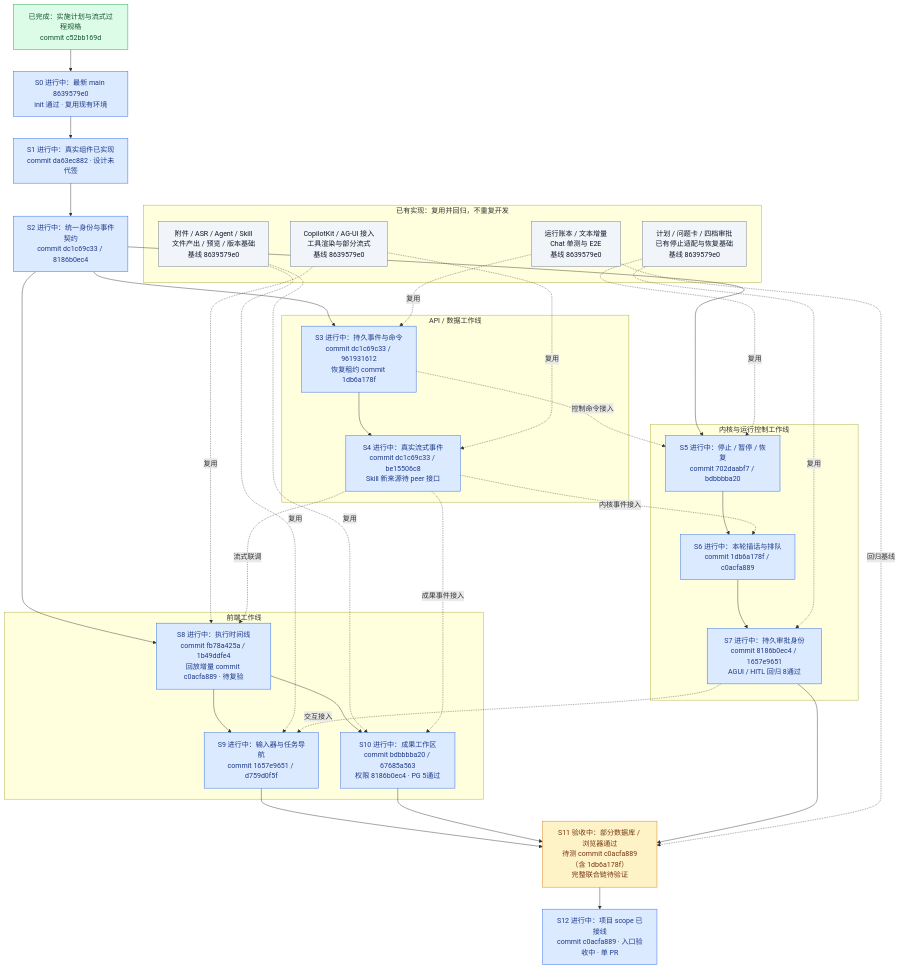
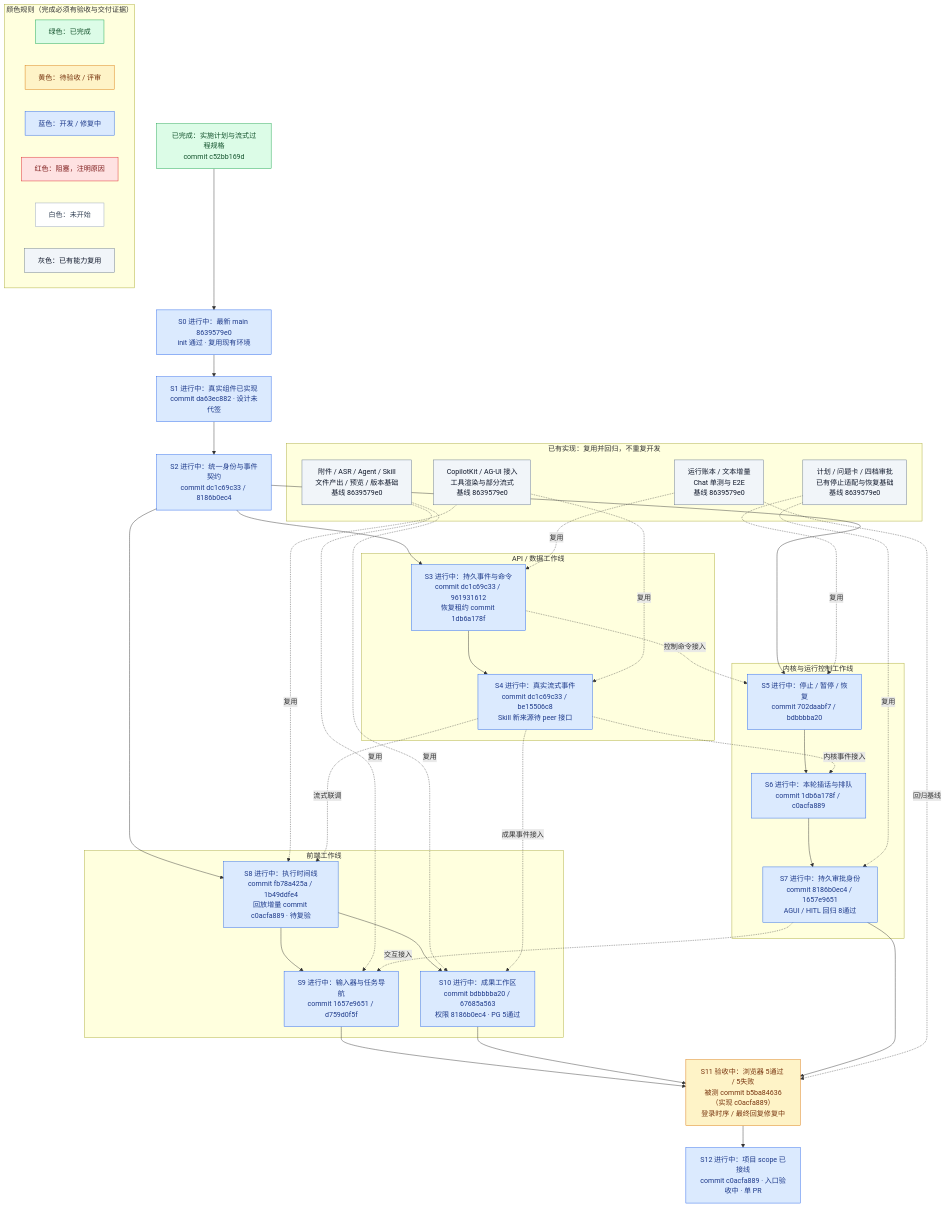
One commit to boardx/workspacex changed the first of 2 diagrams in docs/design/agent-workbench-upgrade-plan-2026-09-06.md. Above: the diagram before and after it, drawn with Mermaid. The commit also changed other lines of this file, not shown here.

Commit message:
docs(workbench): add progress color legend and latest e2e verdict

````diff
--- a/docs/design/agent-workbench-upgrade-plan-2026-09-06.md
+++ b/docs/design/agent-workbench-upgrade-plan-2026-09-06.md
@@ -9,65 +9,74 @@
 ```mermaid
 flowchart TB
   P["已完成：实施计划与流式过程规格\ncommit c52bb169d"]:::done
 
   subgraph BASE["已有实现：复用并回归，不重复开发"]
     R1["CopilotKit / AG-UI 接入\n工具渲染与部分流式\n基线 8639579e0"]:::reuse
     R2["计划 / 问题卡 / 四档审批\n已有停止适配与恢复基础\n基线 8639579e0"]:::reuse
     R3["附件 / ASR / Agent / Skill\n文件产出 / 预览 / 版本基础\n基线 8639579e0"]:::reuse
     R4["运行账本 / 文本增量\nChat 单测与 E2E\n基线 8639579e0"]:::reuse
   end
 
   P --> S0["S0 进行中：最新 main 8639579e0\ninit 通过 · 复用现有环境"]:::active
   S0 --> S1["S1 进行中：真实组件已实现\ncommit da63ec882 · 设计未代签"]:::active
   S1 --> S2["S2 进行中：统一身份与事件契约\ncommit dc1c69c33 / 8186b0ec4"]:::active
 
   subgraph FE["前端工作线"]
     S8["S8 进行中：执行时间线\ncommit fb78a425a / 1b49ddfe4\n回放增量 commit c0acfa889 · 待复验"]:::active
     S9["S9 进行中：输入器与任务导航\ncommit 1657e9651 / d759d0f5f"]:::active
     S10["S10 进行中：成果工作区\ncommit bdbbbba20 / 67685a563\n权限 8186b0ec4 · PG 5通过"]:::active
     S8 --> S9
     S8 --> S10
   end
 
   subgraph API["API / 数据工作线"]
     S3["S3 进行中：持久事件与命令\ncommit dc1c69c33 / 961931612\n恢复租约 commit 1db6a178f"]:::active
     S4["S4 进行中：真实流式事件\ncommit dc1c69c33 / be15506c8\nSkill 新来源待 peer 接口"]:::active
     S3 --> S4
   end
 
   subgraph ENGINE["内核与运行控制工作线"]
     S5["S5 进行中：停止 / 暂停 / 恢复\ncommit 702daabf7 / bdbbbba20"]:::active
     S6["S6 进行中：本轮插话与排队\ncommit 1db6a178f / c0acfa889"]:::active
     S7["S7 进行中：持久审批身份\ncommit 8186b0ec4 / 1657e9651\nAGUI / HITL 回归 8通过"]:::active
     S5 --> S6 --> S7
   end
 
   S2 --> S8
   S2 --> S3
   S2 --> S5
   R1 -.复用.-> S8
   R1 -.复用.-> S4
   R2 -.复用.-> S5
   R2 -.复用.-> S7
   R3 -.复用.-> S9
   R3 -.复用.-> S10
   R4 -.复用.-> S3
   S3 -.控制命令接入.-> S5
   S4 -.流式联调.-> S8
   S4 -.内核事件接入.-> S6
   S4 -.成果事件接入.-> S10
   S7 -.交互接入.-> S9
 
-  S9 --> S11["S11 验收中：部分数据库 / 浏览器通过\n待测 commit c0acfa889（含 1db6a178f）\n完整联合链待验证"]:::verify
+  S9 --> S11["S11 验收中：浏览器 5通过 / 5失败\n被测 commit b5ba84636（实现 c0acfa889）\n登录时序 / 最终回复修复中"]:::verify
   S10 --> S11
   S7 --> S11
   R4 -.回归基线.-> S11
   S11 --> S12["S12 进行中：项目 scope 已接线\ncommit c0acfa889 · 入口验收中 · 单 PR"]:::active
+
+  subgraph LEGEND["颜色规则（完成必须有验收与交付证据）"]
+    LG["绿色：已完成"]:::done
+    LY["黄色：待验收 / 评审"]:::verify
+    LB["蓝色：开发 / 修复中"]:::active
+    LR["红色：阻塞，注明原因"]:::blocked
+    LW["白色：未开始"]:::pending
+    LX["灰色：已有能力复用"]:::reuse
+  end
 
   classDef reuse fill:#f1f5f9,stroke:#64748b,color:#0f172a;
   classDef pending fill:#ffffff,stroke:#94a3b8,color:#334155;
   classDef active fill:#dbeafe,stroke:#2563eb,color:#1e3a8a;
   classDef verify fill:#fef3c7,stroke:#d97706,color:#78350f;
   classDef done fill:#dcfce7,stroke:#16a34a,color:#14532d;
   classDef blocked fill:#fee2e2,stroke:#dc2626,color:#7f1d1d;
 ```
````
